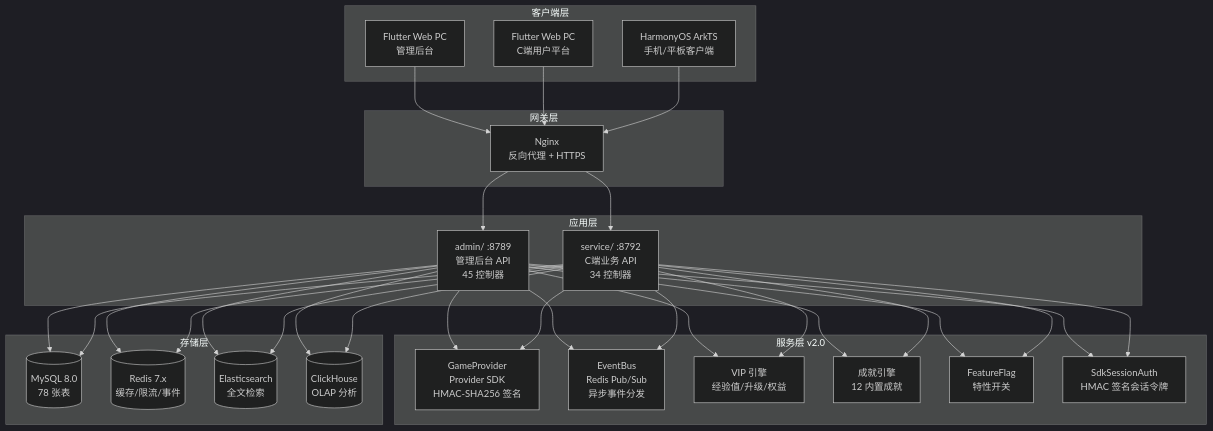
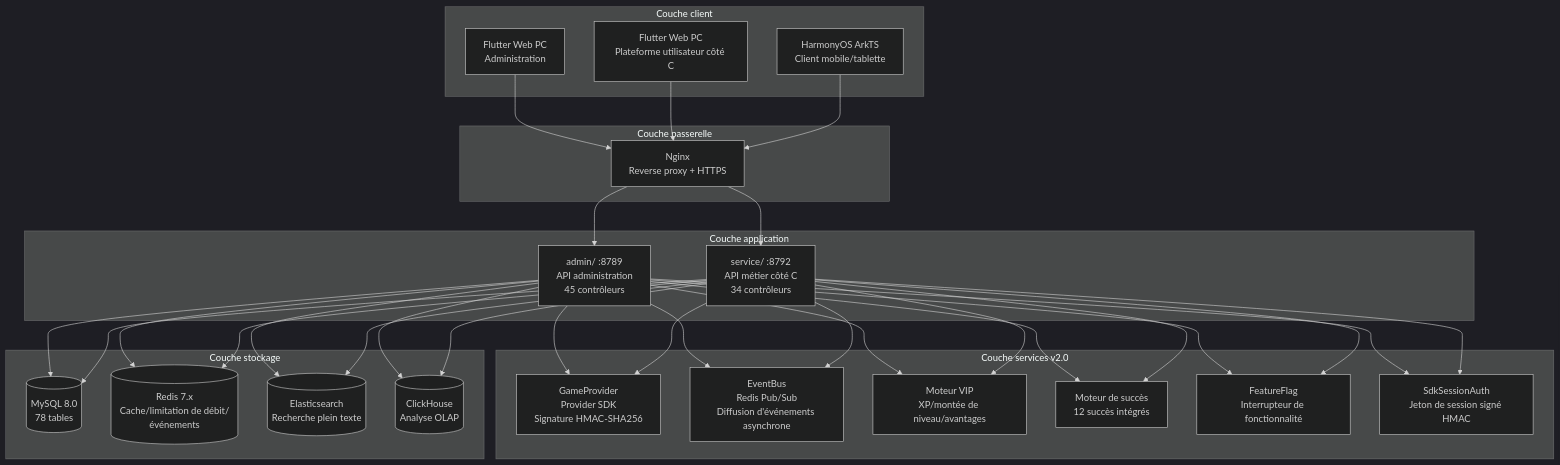
One commit to erikwang2013/game-platform-php changed the diagram in admin/docs/diagrams/01-system-architecture.fr.md. Above: the diagram before and after it, drawn with Mermaid (dark theme). The commit also changed 211 other files, not shown here.

First line of the commit message:
fix: 支付配置读回类型根治、提现事件对账巡检，12 语族 mermaid 与 API 标签本地化

````diff
--- a/admin/docs/diagrams/01-system-architecture.fr.md
+++ b/admin/docs/diagrams/01-system-architecture.fr.md
@@ -7,38 +7,38 @@
 ```mermaid
 flowchart TB
-    subgraph "客户端层"
-        A1["Flutter Web PC<br/>管理后台"]
-        A2["Flutter Web PC<br/>C端用户平台"]
-        A3["HarmonyOS ArkTS<br/>手机/平板客户端"]
+    subgraph "Couche client"
+        A1["Flutter Web PC<br/>Administration"]
+        A2["Flutter Web PC<br/>Plateforme utilisateur côté C"]
+        A3["HarmonyOS ArkTS<br/>Client mobile/tablette"]
     end
 
-    subgraph "网关层"
-        B1["Nginx<br/>反向代理 + HTTPS"]
+    subgraph "Couche passerelle"
+        B1["Nginx<br/>Reverse proxy + HTTPS"]
     end
 
-    subgraph "应用层"
-        C1["admin/ :8789<br/>管理后台 API<br/>45 控制器"]
-        C2["service/ :8792<br/>C端业务 API<br/>34 控制器"]
+    subgraph "Couche application"
+        C1["admin/ :8789<br/>API administration<br/>45 contrôleurs"]
+        C2["service/ :8792<br/>API métier côté C<br/>34 contrôleurs"]
     end
 
-    subgraph "服务层 v2.0"
-        D1["GameProvider<br/>Provider SDK<br/>HMAC-SHA256 签名"]
-        D2["EventBus<br/>Redis Pub/Sub<br/>异步事件分发"]
-        D3["VIP 引擎<br/>经验值/升级/权益"]
-        D4["成就引擎<br/>12 内置成就"]
-        D5["FeatureFlag<br/>特性开关"]
-        D6["SdkSessionAuth<br/>HMAC 签名会话令牌"]
+    subgraph "Couche services v2.0"
+        D1["GameProvider<br/>Provider SDK<br/>Signature HMAC-SHA256"]
+        D2["EventBus<br/>Redis Pub/Sub<br/>Diffusion d'événements asynchrone"]
+        D3["Moteur VIP<br/>XP/montée de niveau/avantages"]
+        D4["Moteur de succès<br/>12 succès intégrés"]
+        D5["FeatureFlag<br/>Interrupteur de fonctionnalité"]
+        D6["SdkSessionAuth<br/>Jeton de session signé HMAC"]
     end
 
-    subgraph "存储层"
-        E1[("MySQL 8.0<br/>78 张表")]
-        E2[("Redis 7.x<br/>缓存/限流/事件")]
-        E3[("Elasticsearch<br/>全文检索")]
-        E4[("ClickHouse<br/>OLAP 分析")]
+    subgraph "Couche stockage"
+        E1[("MySQL 8.0<br/>78 tables")]
+        E2[("Redis 7.x<br/>Cache/limitation de débit/événements")]
+        E3[("Elasticsearch<br/>Recherche plein texte")]
+        E4[("ClickHouse<br/>Analyse OLAP")]
     end
 
     A1 & A2 & A3 --> B1
     B1 --> C1 & C2
     C1 & C2 --> D1 & D2 & D3 & D4 & D5 & D6
     C1 & C2 --> E1 & E2 & E3 & E4
 ```
````
